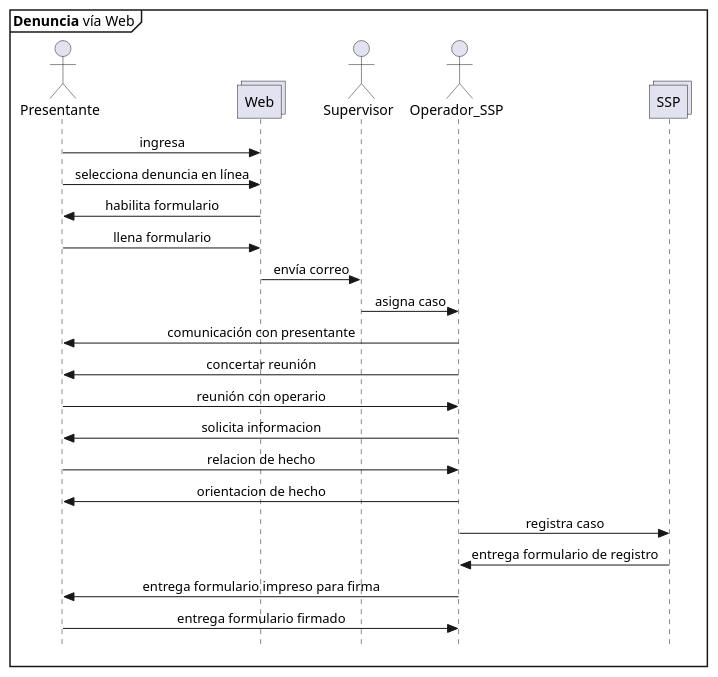
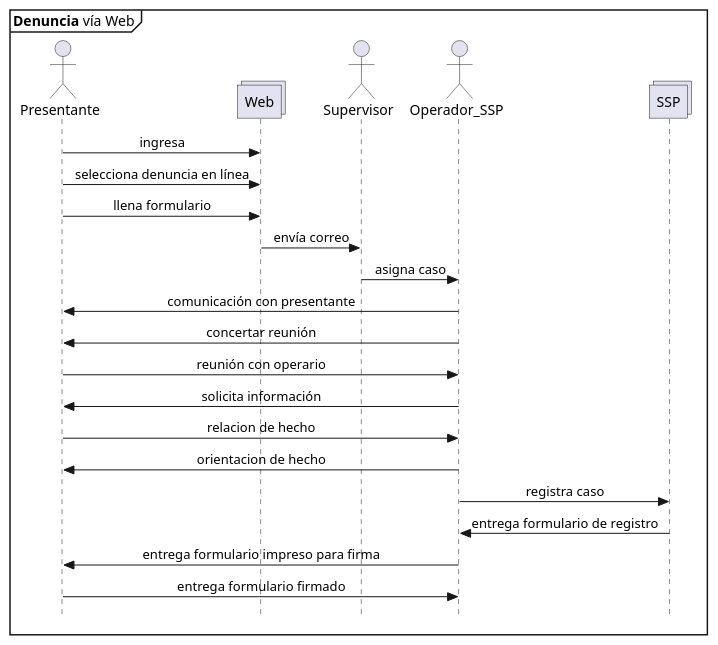
One commit to n1m0d0/defdiag changed the diagram in 01 denuncia via web.plantuml. Above: the diagram before and after it, drawn with PlantUML. The commit also changed 14 other files, not shown here.

Commit message:
ajustes a los diagramas

```diff
--- a/01 denuncia via web.plantuml
+++ b/01 denuncia via web.plantuml
@@ -1,37 +1,36 @@
 @startuml Denuncia_Web
 skinparam Style strictuml
 skinparam SequenceMessageAlignment center
 
 mainframe **Denuncia** vía Web
 
 actor Presentante as pre
 collections Web
 actor Supervisor as sup
 actor Operador_SSP as opssp
 collections SSP 
 
 
 pre -> Web : ingresa
 pre -> Web : selecciona denuncia en línea
-Web -> pre : habilita formulario
 pre -> Web : llena formulario
 Web->sup: envía correo
 sup->opssp:asigna caso
 opssp->pre:comunicación con presentante
 opssp->pre:concertar reunión
 pre->opssp:reunión con operario
-opssp -> pre : solicita informacion
+opssp -> pre : solicita información
 pre->opssp:relacion de hecho
 opssp->pre:orientacion de hecho
 opssp->SSP:registra caso
 SSP->opssp: entrega formulario de registro
 opssp->pre:entrega formulario impreso para firma
 pre->opssp:entrega formulario firmado
 
 
 
 
 
 
 
 @enduml
```
